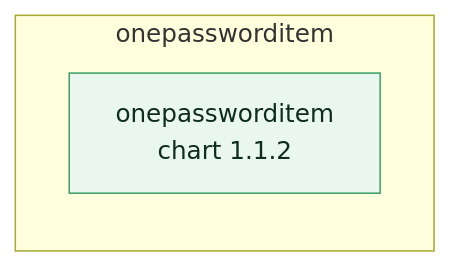
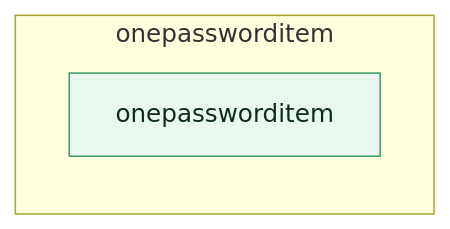
Before and after one commit to expectedbehaviors/OnePasswordItem-helm: the diagram in docs/img/topology.mmd, drawn with Mermaid.

Commit message:
Regenerated the topology diagram to the current contract

```diff
--- a/docs/img/topology.mmd
+++ b/docs/img/topology.mmd
@@ -1,10 +1,10 @@
 flowchart LR
   classDef ext fill:#eef4ff,stroke:#5b8def,color:#12233f;
   classDef app fill:#e9f7ef,stroke:#3fa06a,color:#0f2d1e;
   classDef store fill:#fff4e5,stroke:#e0932f,color:#3d2a08;
   classDef sec fill:#fdecef,stroke:#d2506b,color:#3d0d18;
   classDef dep fill:#f3edff,stroke:#8a63d2,color:#241338;
   subgraph NS["onepassworditem"]
     direction TB
-    APP["onepassworditem<br/>chart 1.1.2"]:::app
+    APP["onepassworditem"]:::app
   end
```
